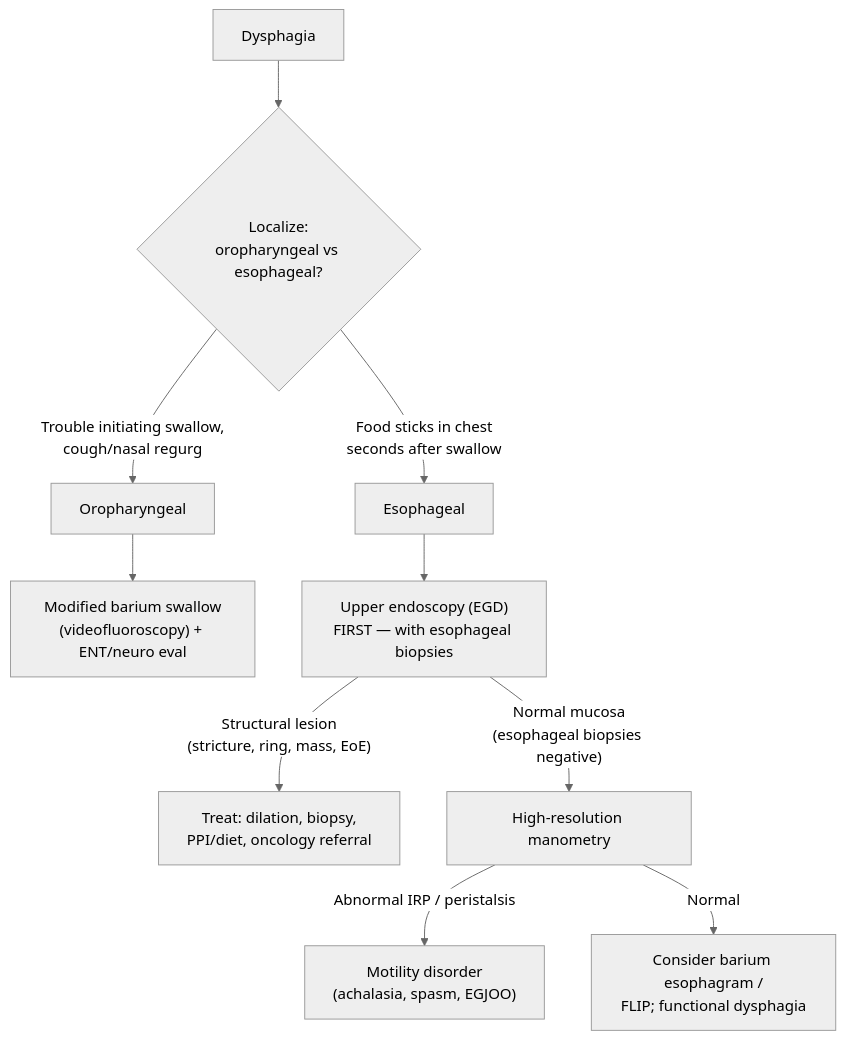
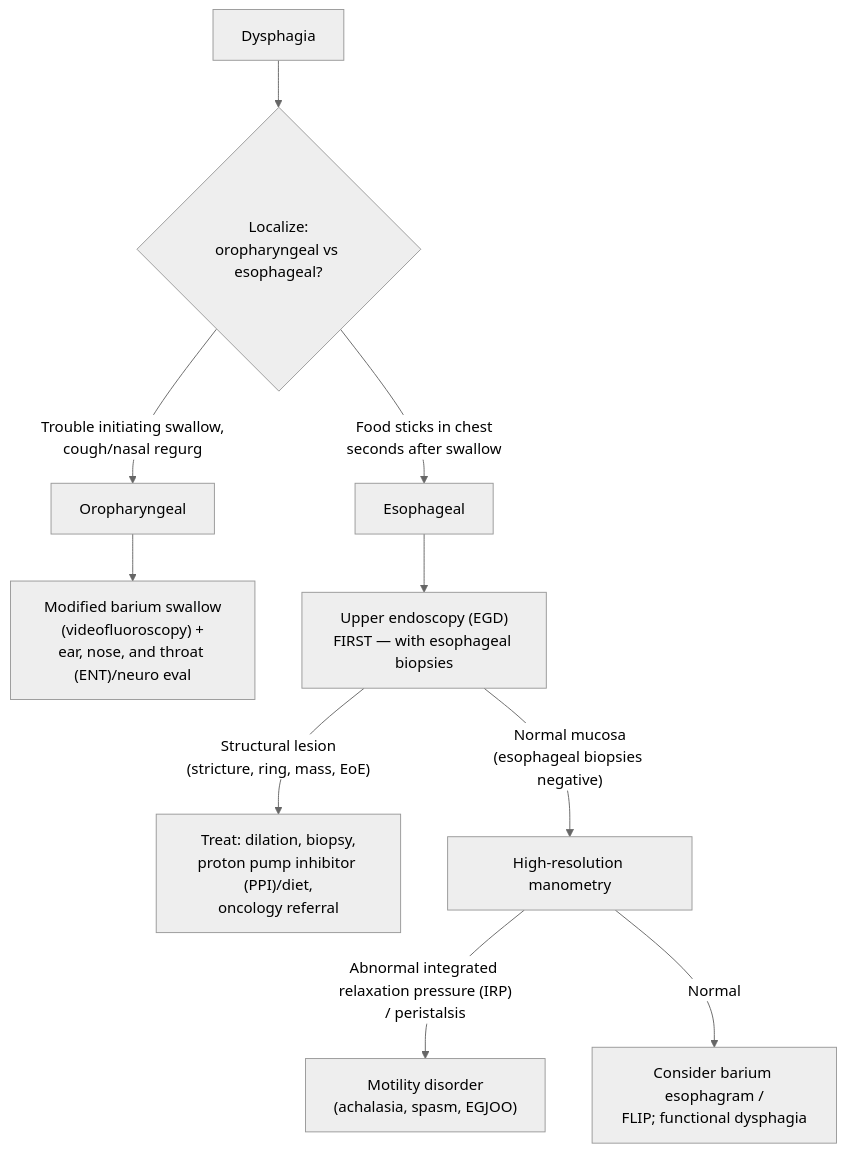
Before and after one commit to KHNickLeMD/KHNL-GI-Wiki: the diagram in KHNL-GI-Wiki/wiki/2-diagnostic-schemas/dysphagia.md, drawn with Mermaid (neutral theme). The commit also changed other lines of this file and 620 other files, not shown here.

````diff
--- a/KHNL-GI-Wiki/wiki/2-diagnostic-schemas/dysphagia.md
+++ b/KHNL-GI-Wiki/wiki/2-diagnostic-schemas/dysphagia.md
@@ -93,12 +93,12 @@
 ```mermaid
 flowchart TD
     A["Dysphagia"] --> B{"Localize:<br/>oropharyngeal vs esophageal?"}
     B -->|"Trouble initiating swallow,<br/>cough/nasal regurg"| C["Oropharyngeal"]
     B -->|"Food sticks in chest<br/>seconds after swallow"| D["Esophageal"]
-    C --> E["Modified barium swallow<br/>(videofluoroscopy) + ENT/neuro eval"]
+    C --> E["Modified barium swallow<br/>(videofluoroscopy) +<br/>ear, nose, and throat (ENT)/neuro eval"]
     D --> F["Upper endoscopy (EGD)<br/>FIRST — with esophageal biopsies"]
-    F -->|"Structural lesion<br/>(stricture, ring, mass, EoE)"| G["Treat: dilation, biopsy,<br/>PPI/diet, oncology referral"]
+    F -->|"Structural lesion<br/>(stricture, ring, mass, EoE)"| G["Treat: dilation, biopsy,<br/>proton pump inhibitor (PPI)/diet,<br/>oncology referral"]
     F -->|"Normal mucosa<br/>(esophageal biopsies negative)"| H["High-resolution manometry"]
-    H -->|"Abnormal IRP / peristalsis"| I["Motility disorder<br/>(achalasia, spasm, EGJOO)"]
+    H -->|"Abnormal integrated relaxation pressure (IRP)<br/>/ peristalsis"| I["Motility disorder<br/>(achalasia, spasm, EGJOO)"]
     H -->|"Normal"| J["Consider barium esophagram /<br/>FLIP; functional dysphagia"]
 ```
````
